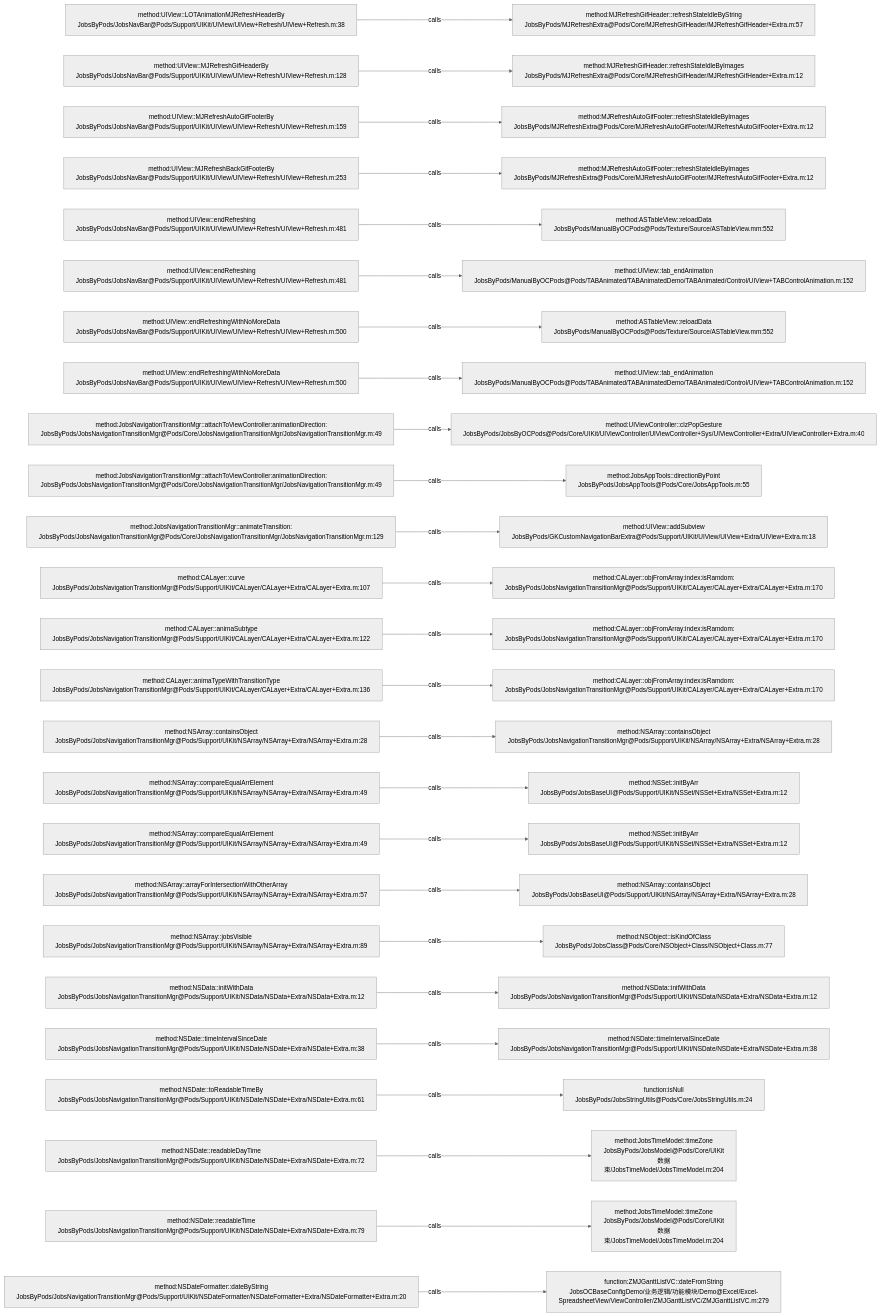
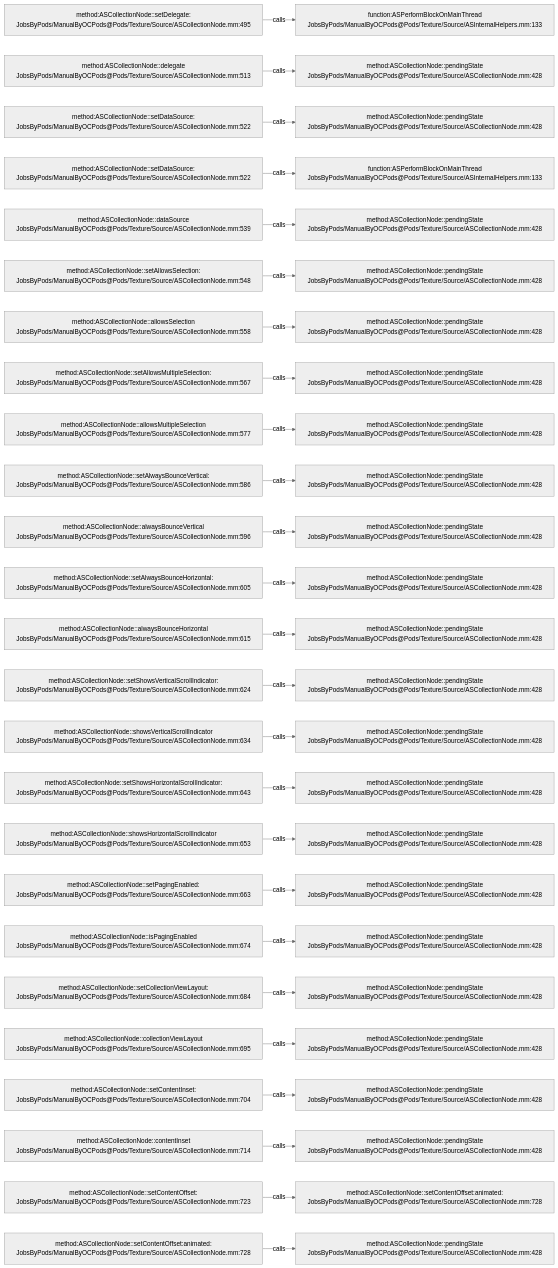
The diagram in .codegraph/codegraph.md/graphs/calls-085.md (JobsKits/JobsOCBaseConfigDemo), drawn with Mermaid (neutral theme) before and after one commit. The commit also changed 2162 other files, not shown here.

````diff
--- a/.codegraph/codegraph.md/graphs/calls-085.md
+++ b/.codegraph/codegraph.md/graphs/calls-085.md
@@ -13,78 +13,78 @@
 ```mermaid
 flowchart LR
-  S1["method:UIView::LOTAnimationMJRefreshHeaderBy<br/>JobsByPods/JobsNavBar@Pods/Support/UIKit/UIView/UIView+Refresh/UIView+Refresh.m:38"]
-  T1["method:MJRefreshGifHeader::refreshStateIdleByString<br/>JobsByPods/MJRefreshExtra@Pods/Core/MJRefreshGifHeader/MJRefreshGifHeader+Extra.m:57"]
+  S1["method:ASCollectionNode::setDelegate:<br/>JobsByPods/ManualByOCPods@Pods/Texture/Source/ASCollectionNode.mm:495"]
+  T1["function:ASPerformBlockOnMainThread<br/>JobsByPods/ManualByOCPods@Pods/Texture/Source/ASInternalHelpers.mm:133"]
   S1 -->|calls| T1
-  S2["method:UIView::MJRefreshGifHeaderBy<br/>JobsByPods/JobsNavBar@Pods/Support/UIKit/UIView/UIView+Refresh/UIView+Refresh.m:128"]
-  T2["method:MJRefreshGifHeader::refreshStateIdleByImages<br/>JobsByPods/MJRefreshExtra@Pods/Core/MJRefreshGifHeader/MJRefreshGifHeader+Extra.m:12"]
+  S2["method:ASCollectionNode::delegate<br/>JobsByPods/ManualByOCPods@Pods/Texture/Source/ASCollectionNode.mm:513"]
+  T2["method:ASCollectionNode::pendingState<br/>JobsByPods/ManualByOCPods@Pods/Texture/Source/ASCollectionNode.mm:428"]
   S2 -->|calls| T2
-  S3["method:UIView::MJRefreshAutoGifFooterBy<br/>JobsByPods/JobsNavBar@Pods/Support/UIKit/UIView/UIView+Refresh/UIView+Refresh.m:159"]
-  T3["method:MJRefreshAutoGifFooter::refreshStateIdleByImages<br/>JobsByPods/MJRefreshExtra@Pods/Core/MJRefreshAutoGifFooter/MJRefreshAutoGifFooter+Extra.m:12"]
+  S3["method:ASCollectionNode::setDataSource:<br/>JobsByPods/ManualByOCPods@Pods/Texture/Source/ASCollectionNode.mm:522"]
+  T3["method:ASCollectionNode::pendingState<br/>JobsByPods/ManualByOCPods@Pods/Texture/Source/ASCollectionNode.mm:428"]
   S3 -->|calls| T3
-  S4["method:UIView::MJRefreshBackGifFooterBy<br/>JobsByPods/JobsNavBar@Pods/Support/UIKit/UIView/UIView+Refresh/UIView+Refresh.m:253"]
-  T4["method:MJRefreshAutoGifFooter::refreshStateIdleByImages<br/>JobsByPods/MJRefreshExtra@Pods/Core/MJRefreshAutoGifFooter/MJRefreshAutoGifFooter+Extra.m:12"]
+  S4["method:ASCollectionNode::setDataSource:<br/>JobsByPods/ManualByOCPods@Pods/Texture/Source/ASCollectionNode.mm:522"]
+  T4["function:ASPerformBlockOnMainThread<br/>JobsByPods/ManualByOCPods@Pods/Texture/Source/ASInternalHelpers.mm:133"]
   S4 -->|calls| T4
-  S5["method:UIView::endRefreshing<br/>JobsByPods/JobsNavBar@Pods/Support/UIKit/UIView/UIView+Refresh/UIView+Refresh.m:481"]
-  T5["method:ASTableView::reloadData<br/>JobsByPods/ManualByOCPods@Pods/Texture/Source/ASTableView.mm:552"]
+  S5["method:ASCollectionNode::dataSource<br/>JobsByPods/ManualByOCPods@Pods/Texture/Source/ASCollectionNode.mm:539"]
+  T5["method:ASCollectionNode::pendingState<br/>JobsByPods/ManualByOCPods@Pods/Texture/Source/ASCollectionNode.mm:428"]
   S5 -->|calls| T5
-  S6["method:UIView::endRefreshing<br/>JobsByPods/JobsNavBar@Pods/Support/UIKit/UIView/UIView+Refresh/UIView+Refresh.m:481"]
-  T6["method:UIView::tab_endAnimation<br/>JobsByPods/ManualByOCPods@Pods/TABAnimated/TABAnimatedDemo/TABAnimated/Control/UIView+TABControlAnimation.m:152"]
+  S6["method:ASCollectionNode::setAllowsSelection:<br/>JobsByPods/ManualByOCPods@Pods/Texture/Source/ASCollectionNode.mm:548"]
+  T6["method:ASCollectionNode::pendingState<br/>JobsByPods/ManualByOCPods@Pods/Texture/Source/ASCollectionNode.mm:428"]
   S6 -->|calls| T6
-  S7["method:UIView::endRefreshingWithNoMoreData<br/>JobsByPods/JobsNavBar@Pods/Support/UIKit/UIView/UIView+Refresh/UIView+Refresh.m:500"]
-  T7["method:ASTableView::reloadData<br/>JobsByPods/ManualByOCPods@Pods/Texture/Source/ASTableView.mm:552"]
+  S7["method:ASCollectionNode::allowsSelection<br/>JobsByPods/ManualByOCPods@Pods/Texture/Source/ASCollectionNode.mm:558"]
+  T7["method:ASCollectionNode::pendingState<br/>JobsByPods/ManualByOCPods@Pods/Texture/Source/ASCollectionNode.mm:428"]
   S7 -->|calls| T7
-  S8["method:UIView::endRefreshingWithNoMoreData<br/>JobsByPods/JobsNavBar@Pods/Support/UIKit/UIView/UIView+Refresh/UIView+Refresh.m:500"]
-  T8["method:UIView::tab_endAnimation<br/>JobsByPods/ManualByOCPods@Pods/TABAnimated/TABAnimatedDemo/TABAnimated/Control/UIView+TABControlAnimation.m:152"]
+  S8["method:ASCollectionNode::setAllowsMultipleSelection:<br/>JobsByPods/ManualByOCPods@Pods/Texture/Source/ASCollectionNode.mm:567"]
+  T8["method:ASCollectionNode::pendingState<br/>JobsByPods/ManualByOCPods@Pods/Texture/Source/ASCollectionNode.mm:428"]
   S8 -->|calls| T8
-  S9["method:JobsNavigationTransitionMgr::attachToViewController:animationDirection:<br/>JobsByPods/JobsNavigationTransitionMgr@Pods/Core/JobsNavigationTransitionMgr/JobsNavigationTransitionMgr.m:49"]
-  T9["method:UIViewController::clzPopGesture<br/>JobsByPods/JobsByOCPods@Pods/Core/UIKit/UIViewController/UIViewController+Sys/UIViewController+Extra/UIViewController+Extra.m:40"]
+  S9["method:ASCollectionNode::allowsMultipleSelection<br/>JobsByPods/ManualByOCPods@Pods/Texture/Source/ASCollectionNode.mm:577"]
+  T9["method:ASCollectionNode::pendingState<br/>JobsByPods/ManualByOCPods@Pods/Texture/Source/ASCollectionNode.mm:428"]
   S9 -->|calls| T9
-  S10["method:JobsNavigationTransitionMgr::attachToViewController:animationDirection:<br/>JobsByPods/JobsNavigationTransitionMgr@Pods/Core/JobsNavigationTransitionMgr/JobsNavigationTransitionMgr.m:49"]
-  T10["method:JobsAppTools::directionByPoint<br/>JobsByPods/JobsAppTools@Pods/Core/JobsAppTools.m:55"]
+  S10["method:ASCollectionNode::setAlwaysBounceVertical:<br/>JobsByPods/ManualByOCPods@Pods/Texture/Source/ASCollectionNode.mm:586"]
+  T10["method:ASCollectionNode::pendingState<br/>JobsByPods/ManualByOCPods@Pods/Texture/Source/ASCollectionNode.mm:428"]
   S10 -->|calls| T10
-  S11["method:JobsNavigationTransitionMgr::animateTransition:<br/>JobsByPods/JobsNavigationTransitionMgr@Pods/Core/JobsNavigationTransitionMgr/JobsNavigationTransitionMgr.m:129"]
-  T11["method:UIView::addSubview<br/>JobsByPods/GKCustomNavigationBarExtra@Pods/Support/UIKit/UIView/UIView+Extra/UIView+Extra.m:18"]
+  S11["method:ASCollectionNode::alwaysBounceVertical<br/>JobsByPods/ManualByOCPods@Pods/Texture/Source/ASCollectionNode.mm:596"]
+  T11["method:ASCollectionNode::pendingState<br/>JobsByPods/ManualByOCPods@Pods/Texture/Source/ASCollectionNode.mm:428"]
   S11 -->|calls| T11
-  S12["method:CALayer::curve<br/>JobsByPods/JobsNavigationTransitionMgr@Pods/Support/UIKit/CALayer/CALayer+Extra/CALayer+Extra.m:107"]
-  T12["method:CALayer::objFromArray:index:isRamdom:<br/>JobsByPods/JobsNavigationTransitionMgr@Pods/Support/UIKit/CALayer/CALayer+Extra/CALayer+Extra.m:170"]
+  S12["method:ASCollectionNode::setAlwaysBounceHorizontal:<br/>JobsByPods/ManualByOCPods@Pods/Texture/Source/ASCollectionNode.mm:605"]
+  T12["method:ASCollectionNode::pendingState<br/>JobsByPods/ManualByOCPods@Pods/Texture/Source/ASCollectionNode.mm:428"]
   S12 -->|calls| T12
-  S13["method:CALayer::animaSubtype<br/>JobsByPods/JobsNavigationTransitionMgr@Pods/Support/UIKit/CALayer/CALayer+Extra/CALayer+Extra.m:122"]
-  T13["method:CALayer::objFromArray:index:isRamdom:<br/>JobsByPods/JobsNavigationTransitionMgr@Pods/Support/UIKit/CALayer/CALayer+Extra/CALayer+Extra.m:170"]
+  S13["method:ASCollectionNode::alwaysBounceHorizontal<br/>JobsByPods/ManualByOCPods@Pods/Texture/Source/ASCollectionNode.mm:615"]
+  T13["method:ASCollectionNode::pendingState<br/>JobsByPods/ManualByOCPods@Pods/Texture/Source/ASCollectionNode.mm:428"]
   S13 -->|calls| T13
-  S14["method:CALayer::animaTypeWithTransitionType<br/>JobsByPods/JobsNavigationTransitionMgr@Pods/Support/UIKit/CALayer/CALayer+Extra/CALayer+Extra.m:136"]
-  T14["method:CALayer::objFromArray:index:isRamdom:<br/>JobsByPods/JobsNavigationTransitionMgr@Pods/Support/UIKit/CALayer/CALayer+Extra/CALayer+Extra.m:170"]
+  S14["method:ASCollectionNode::setShowsVerticalScrollIndicator:<br/>JobsByPods/ManualByOCPods@Pods/Texture/Source/ASCollectionNode.mm:624"]
+  T14["method:ASCollectionNode::pendingState<br/>JobsByPods/ManualByOCPods@Pods/Texture/Source/ASCollectionNode.mm:428"]
   S14 -->|calls| T14
-  S15["method:NSArray::containsObject<br/>JobsByPods/JobsNavigationTransitionMgr@Pods/Support/UIKit/NSArray/NSArray+Extra/NSArray+Extra.m:28"]
-  T15["method:NSArray::containsObject<br/>JobsByPods/JobsNavigationTransitionMgr@Pods/Support/UIKit/NSArray/NSArray+Extra/NSArray+Extra.m:28"]
+  S15["method:ASCollectionNode::showsVerticalScrollIndicator<br/>JobsByPods/ManualByOCPods@Pods/Texture/Source/ASCollectionNode.mm:634"]
+  T15["method:ASCollectionNode::pendingState<br/>JobsByPods/ManualByOCPods@Pods/Texture/Source/ASCollectionNode.mm:428"]
   S15 -->|calls| T15
-  S16["method:NSArray::compareEqualArrElement<br/>JobsByPods/JobsNavigationTransitionMgr@Pods/Support/UIKit/NSArray/NSArray+Extra/NSArray+Extra.m:49"]
-  T16["method:NSSet::initByArr<br/>JobsByPods/JobsBaseUI@Pods/Support/UIKit/NSSet/NSSet+Extra/NSSet+Extra.m:12"]
+  S16["method:ASCollectionNode::setShowsHorizontalScrollIndicator:<br/>JobsByPods/ManualByOCPods@Pods/Texture/Source/ASCollectionNode.mm:643"]
+  T16["method:ASCollectionNode::pendingState<br/>JobsByPods/ManualByOCPods@Pods/Texture/Source/ASCollectionNode.mm:428"]
   S16 -->|calls| T16
-  S17["method:NSArray::compareEqualArrElement<br/>JobsByPods/JobsNavigationTransitionMgr@Pods/Support/UIKit/NSArray/NSArray+Extra/NSArray+Extra.m:49"]
-  T17["method:NSSet::initByArr<br/>JobsByPods/JobsBaseUI@Pods/Support/UIKit/NSSet/NSSet+Extra/NSSet+Extra.m:12"]
+  S17["method:ASCollectionNode::showsHorizontalScrollIndicator<br/>JobsByPods/ManualByOCPods@Pods/Texture/Source/ASCollectionNode.mm:653"]
+  T17["method:ASCollectionNode::pendingState<br/>JobsByPods/ManualByOCPods@Pods/Texture/Source/ASCollectionNode.mm:428"]
   S17 -->|calls| T17
-  S18["method:NSArray::arrayForIntersectionWithOtherArray<br/>JobsByPods/JobsNavigationTransitionMgr@Pods/Support/UIKit/NSArray/NSArray+Extra/NSArray+Extra.m:57"]
-  T18["method:NSArray::containsObject<br/>JobsByPods/JobsBaseUI@Pods/Support/UIKit/NSArray/NSArray+Extra/NSArray+Extra.m:28"]
+  S18["method:ASCollectionNode::setPagingEnabled:<br/>JobsByPods/ManualByOCPods@Pods/Texture/Source/ASCollectionNode.mm:663"]
+  T18["method:ASCollectionNode::pendingState<br/>JobsByPods/ManualByOCPods@Pods/Texture/Source/ASCollectionNode.mm:428"]
   S18 -->|calls| T18
-  S19["method:NSArray::jobsVisible<br/>JobsByPods/JobsNavigationTransitionMgr@Pods/Support/UIKit/NSArray/NSArray+Extra/NSArray+Extra.m:89"]
-  T19["method:NSObject::isKindOfClass<br/>JobsByPods/JobsClass@Pods/Core/NSObject+Class/NSObject+Class.m:77"]
+  S19["method:ASCollectionNode::isPagingEnabled<br/>JobsByPods/ManualByOCPods@Pods/Texture/Source/ASCollectionNode.mm:674"]
+  T19["method:ASCollectionNode::pendingState<br/>JobsByPods/ManualByOCPods@Pods/Texture/Source/ASCollectionNode.mm:428"]
   S19 -->|calls| T19
-  S20["method:NSData::initWithData<br/>JobsByPods/JobsNavigationTransitionMgr@Pods/Support/UIKit/NSData/NSData+Extra/NSData+Extra.m:12"]
-  T20["method:NSData::initWithData<br/>JobsByPods/JobsNavigationTransitionMgr@Pods/Support/UIKit/NSData/NSData+Extra/NSData+Extra.m:12"]
+  S20["method:ASCollectionNode::setCollectionViewLayout:<br/>JobsByPods/ManualByOCPods@Pods/Texture/Source/ASCollectionNode.mm:684"]
+  T20["method:ASCollectionNode::pendingState<br/>JobsByPods/ManualByOCPods@Pods/Texture/Source/ASCollectionNode.mm:428"]
   S20 -->|calls| T20
-  S21["method:NSDate::timeIntervalSinceDate<br/>JobsByPods/JobsNavigationTransitionMgr@Pods/Support/UIKit/NSDate/NSDate+Extra/NSDate+Extra.m:38"]
-  T21["method:NSDate::timeIntervalSinceDate<br/>JobsByPods/JobsNavigationTransitionMgr@Pods/Support/UIKit/NSDate/NSDate+Extra/NSDate+Extra.m:38"]
+  S21["method:ASCollectionNode::collectionViewLayout<br/>JobsByPods/ManualByOCPods@Pods/Texture/Source/ASCollectionNode.mm:695"]
+  T21["method:ASCollectionNode::pendingState<br/>JobsByPods/ManualByOCPods@Pods/Texture/Source/ASCollectionNode.mm:428"]
   S21 -->|calls| T21
-  S22["method:NSDate::toReadableTimeBy<br/>JobsByPods/JobsNavigationTransitionMgr@Pods/Support/UIKit/NSDate/NSDate+Extra/NSDate+Extra.m:61"]
-  T22["function:isNull<br/>JobsByPods/JobsStringUtils@Pods/Core/JobsStringUtils.m:24"]
+  S22["method:ASCollectionNode::setContentInset:<br/>JobsByPods/ManualByOCPods@Pods/Texture/Source/ASCollectionNode.mm:704"]
+  T22["method:ASCollectionNode::pendingState<br/>JobsByPods/ManualByOCPods@Pods/Texture/Source/ASCollectionNode.mm:428"]
   S22 -->|calls| T22
-  S23["method:NSDate::readableDayTime<br/>JobsByPods/JobsNavigationTransitionMgr@Pods/Support/UIKit/NSDate/NSDate+Extra/NSDate+Extra.m:72"]
-  T23["method:JobsTimeModel::timeZone<br/>JobsByPods/JobsModel@Pods/Core/UIKit数据束/JobsTimeModel/JobsTimeModel.m:204"]
+  S23["method:ASCollectionNode::contentInset<br/>JobsByPods/ManualByOCPods@Pods/Texture/Source/ASCollectionNode.mm:714"]
+  T23["method:ASCollectionNode::pendingState<br/>JobsByPods/ManualByOCPods@Pods/Texture/Source/ASCollectionNode.mm:428"]
   S23 -->|calls| T23
-  S24["method:NSDate::readableTime<br/>JobsByPods/JobsNavigationTransitionMgr@Pods/Support/UIKit/NSDate/NSDate+Extra/NSDate+Extra.m:79"]
-  T24["method:JobsTimeModel::timeZone<br/>JobsByPods/JobsModel@Pods/Core/UIKit数据束/JobsTimeModel/JobsTimeModel.m:204"]
+  S24["method:ASCollectionNode::setContentOffset:<br/>JobsByPods/ManualByOCPods@Pods/Texture/Source/ASCollectionNode.mm:723"]
+  T24["method:ASCollectionNode::setContentOffset:animated:<br/>JobsByPods/ManualByOCPods@Pods/Texture/Source/ASCollectionNode.mm:728"]
   S24 -->|calls| T24
-  S25["method:NSDateFormatter::dateByString<br/>JobsByPods/JobsNavigationTransitionMgr@Pods/Support/UIKit/NSDateFormatter/NSDateFormatter+Extra/NSDateFormatter+Extra.m:20"]
-  T25["function:ZMJGanttListVC::dateFromString<br/>JobsOCBaseConfigDemo/业务逻辑/功能模块/Demo@Excel/Excel-SpreadsheetView/ViewController/ZMJGanttListVC/ZMJGanttListVC.m:279"]
+  S25["method:ASCollectionNode::setContentOffset:animated:<br/>JobsByPods/ManualByOCPods@Pods/Texture/Source/ASCollectionNode.mm:728"]
+  T25["method:ASCollectionNode::pendingState<br/>JobsByPods/ManualByOCPods@Pods/Texture/Source/ASCollectionNode.mm:428"]
   S25 -->|calls| T25
 ```
````
